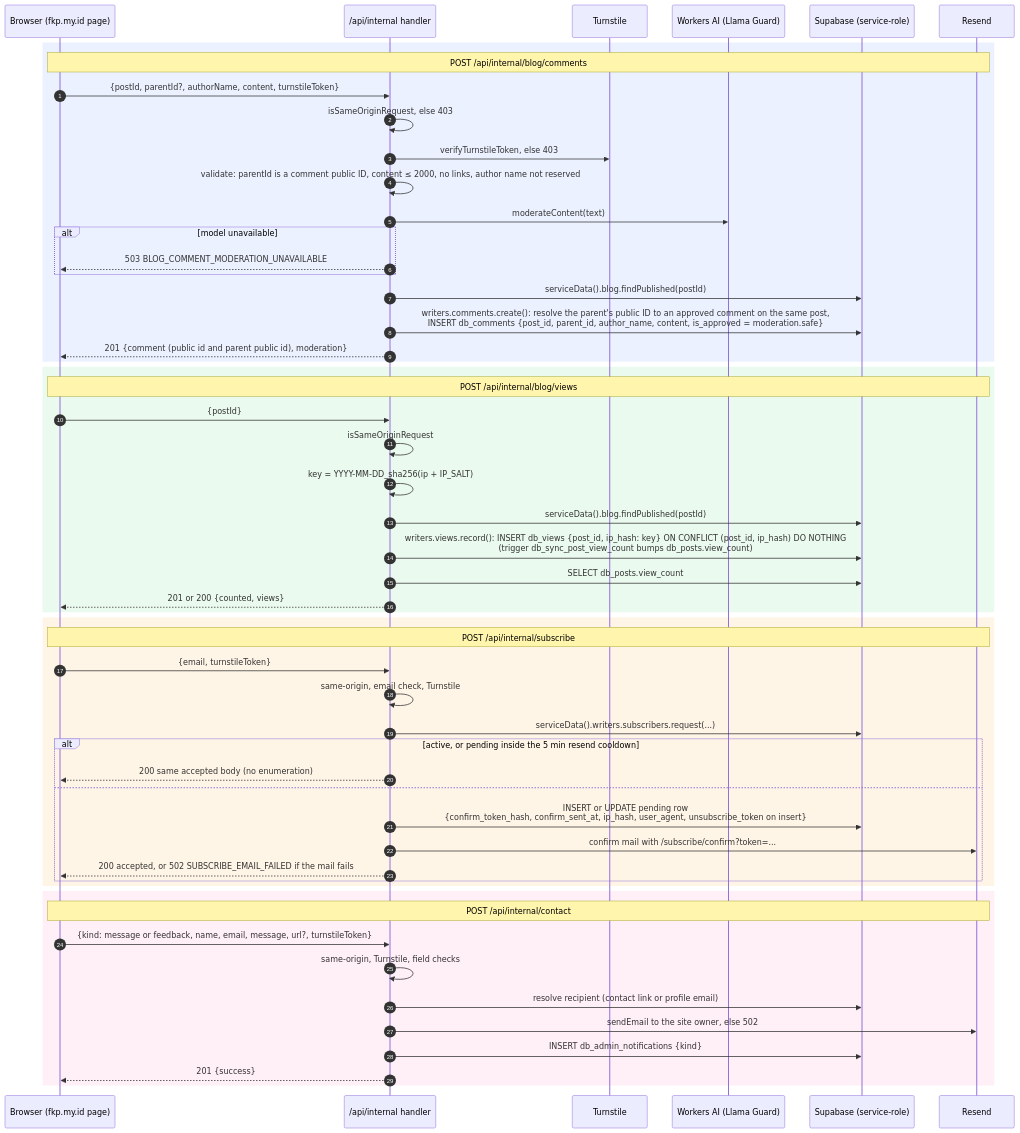
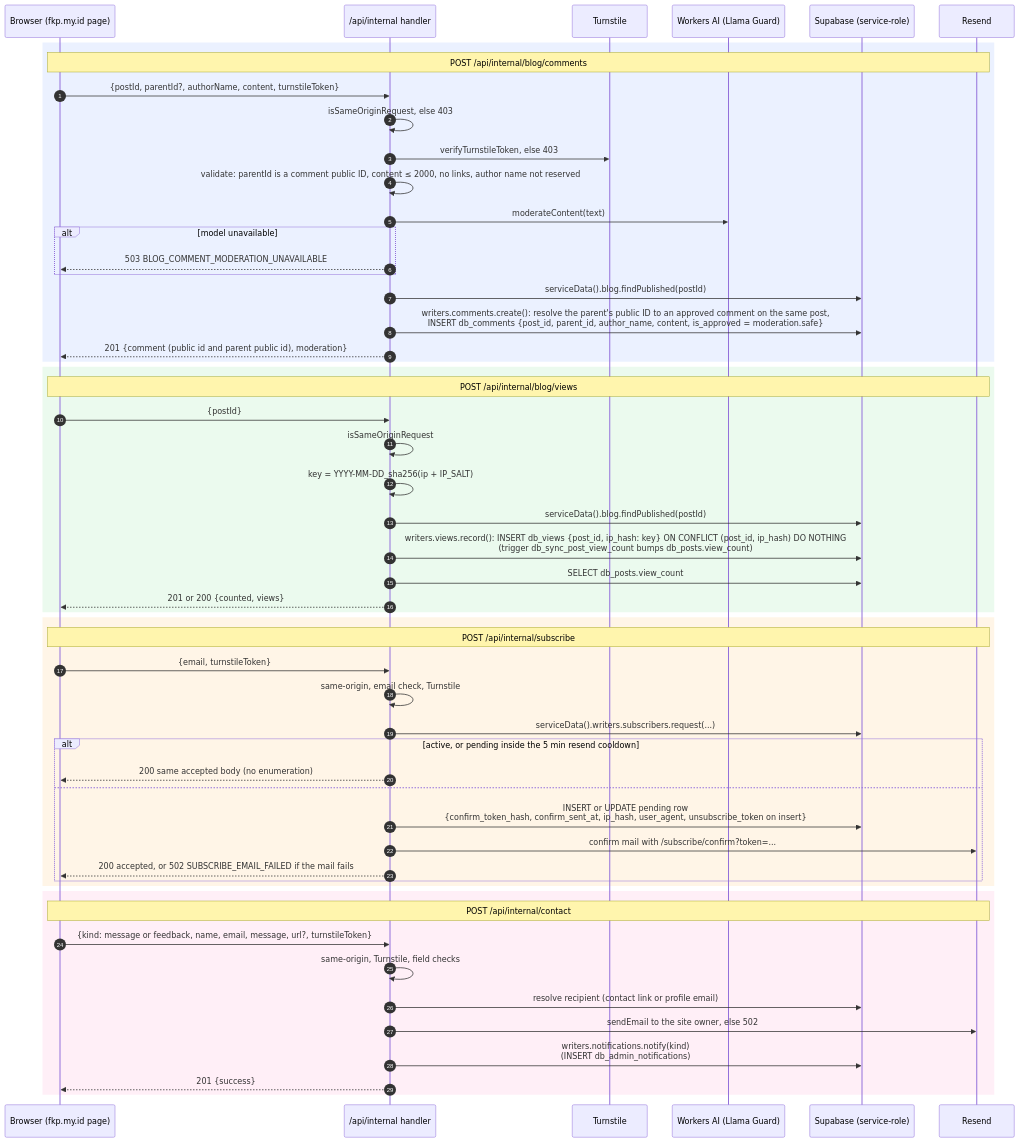
Before and after one commit to farhnkrnapratma/idstead: the diagram in docs/001-architecture/004-public-write-endpoints.md, drawn with Mermaid. The commit also changed other lines of this file and 20 other files, not shown here.

First line of the commit message:
feat(data): route feedback, notifications and admin analytics through repositories

````diff
--- a/docs/001-architecture/004-public-write-endpoints.md
+++ b/docs/001-architecture/004-public-write-endpoints.md
@@ -5,60 +5,60 @@
 ```mermaid
 sequenceDiagram
     autonumber
     participant B as Browser (fkp.my.id page)
     participant H as /api/internal handler
     participant TS as Turnstile
     participant AI as Workers AI (Llama Guard)
     participant DB as Supabase (service-role)
     participant RS as Resend
 
     rect rgba(120, 160, 255, 0.15)
     Note over B,RS: POST /api/internal/blog/comments
     B->>H: {postId, parentId?, authorName, content, turnstileToken}
     H->>H: isSameOriginRequest, else 403
     H->>TS: verifyTurnstileToken, else 403
     H->>H: validate: parentId is a comment public ID, content ≤ 2000, no links, author name not reserved
     H->>AI: moderateContent(text)
     alt model unavailable
         H-->>B: 503 BLOG_COMMENT_MODERATION_UNAVAILABLE
     end
     H->>DB: serviceData().blog.findPublished(postId)
     H->>DB: writers.comments.create(): resolve the parent's public ID to an approved comment on the same post,<br/>INSERT db_comments {post_id, parent_id, author_name, content, is_approved = moderation.safe}
     H-->>B: 201 {comment (public id and parent public id), moderation}
     end
 
     rect rgba(120, 220, 140, 0.15)
     Note over B,RS: POST /api/internal/blog/views
     B->>H: {postId}
     H->>H: isSameOriginRequest
     H->>H: key = YYYY-MM-DD_sha256(ip + IP_SALT)
     H->>DB: serviceData().blog.findPublished(postId)
     H->>DB: writers.views.record(): INSERT db_views {post_id, ip_hash: key} ON CONFLICT (post_id, ip_hash) DO NOTHING<br/>(trigger db_sync_post_view_count bumps db_posts.view_count)
     H->>DB: SELECT db_posts.view_count
     H-->>B: 201 or 200 {counted, views}
     end
 
     rect rgba(255, 200, 120, 0.18)
     Note over B,RS: POST /api/internal/subscribe
     B->>H: {email, turnstileToken}
     H->>H: same-origin, email check, Turnstile
     H->>DB: serviceData().writers.subscribers.request(...)
     alt active, or pending inside the 5 min resend cooldown
         H-->>B: 200 same accepted body (no enumeration)
     else
         H->>DB: INSERT or UPDATE pending row<br/>{confirm_token_hash, confirm_sent_at, ip_hash, user_agent, unsubscribe_token on insert}
         H->>RS: confirm mail with /subscribe/confirm?token=...
         H-->>B: 200 accepted, or 502 SUBSCRIBE_EMAIL_FAILED if the mail fails
     end
     end
 
     rect rgba(255, 150, 200, 0.15)
     Note over B,RS: POST /api/internal/contact
     B->>H: {kind: message or feedback, name, email, message, url?, turnstileToken}
     H->>H: same-origin, Turnstile, field checks
     H->>DB: resolve recipient (contact link or profile email)
     H->>RS: sendEmail to the site owner, else 502
-    H->>DB: INSERT db_admin_notifications {kind}
+    H->>DB: writers.notifications.notify(kind)<br/>(INSERT db_admin_notifications)
     H-->>B: 201 {success}
     end
 ```
````
